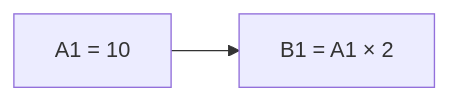
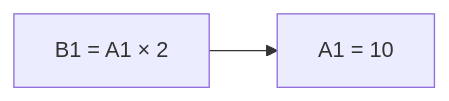
One commit to Teal-Insights/lic-dsf-programmatic-extraction changed the sixth of 8 diagrams in docs/pipeline-explainer/outline.md. Above: the diagram before and after it, drawn with Mermaid. The commit also changed other lines of this file and 1 other file, not shown here.

````diff
--- a/docs/pipeline-explainer/outline.md
+++ b/docs/pipeline-explainer/outline.md
@@ -117,6 +117,6 @@
 ```mermaid
 flowchart LR
   A1["A1 = 10"]
   B1["B1 = A1 × 2"]
-  A1 --> B1
+  B1 --> A1
 ```
````
